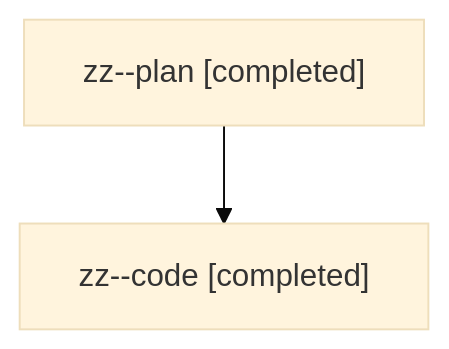
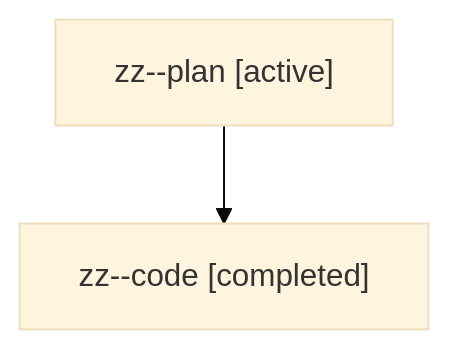
One commit to sase-org/sase--agents changed the diagram in families/bbugyi200.athena.zz.md. Above: the diagram before and after it, drawn with Mermaid (base theme). The commit also changed other lines of this file and 35830 other files, not shown here.

````diff
--- a/families/bbugyi200.athena.zz.md
+++ b/families/bbugyi200.athena.zz.md
@@ -9,6 +9,6 @@
 ```mermaid
 flowchart TD
-  n0["zz--plan [completed]"]
+  n0["zz--plan [active]"]
   n1["zz--code [completed]"]
   n0 --> n1
 ```
````
